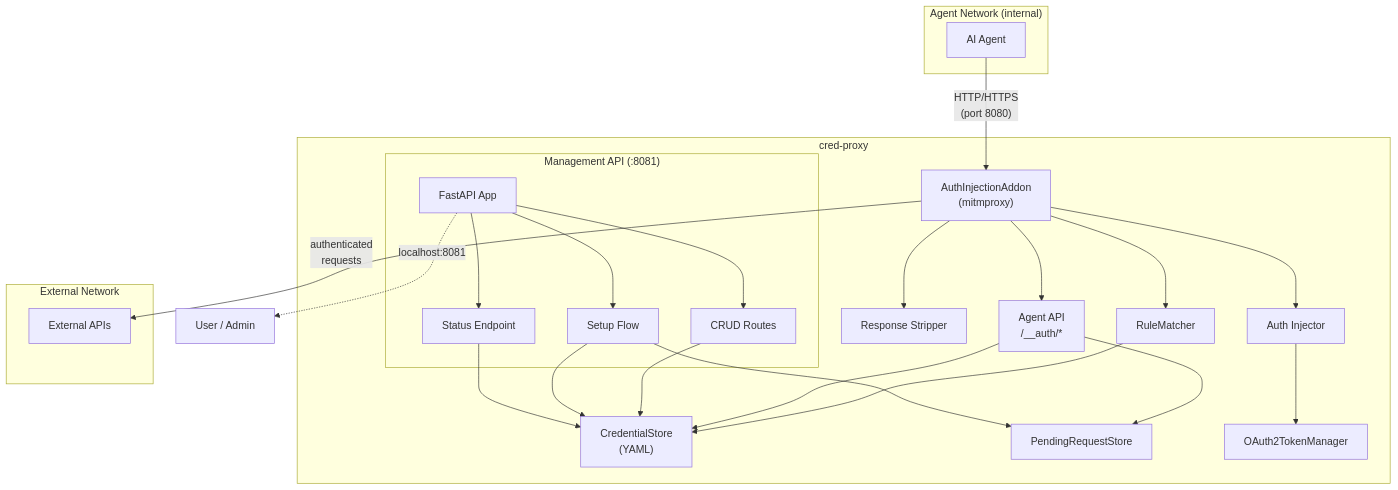
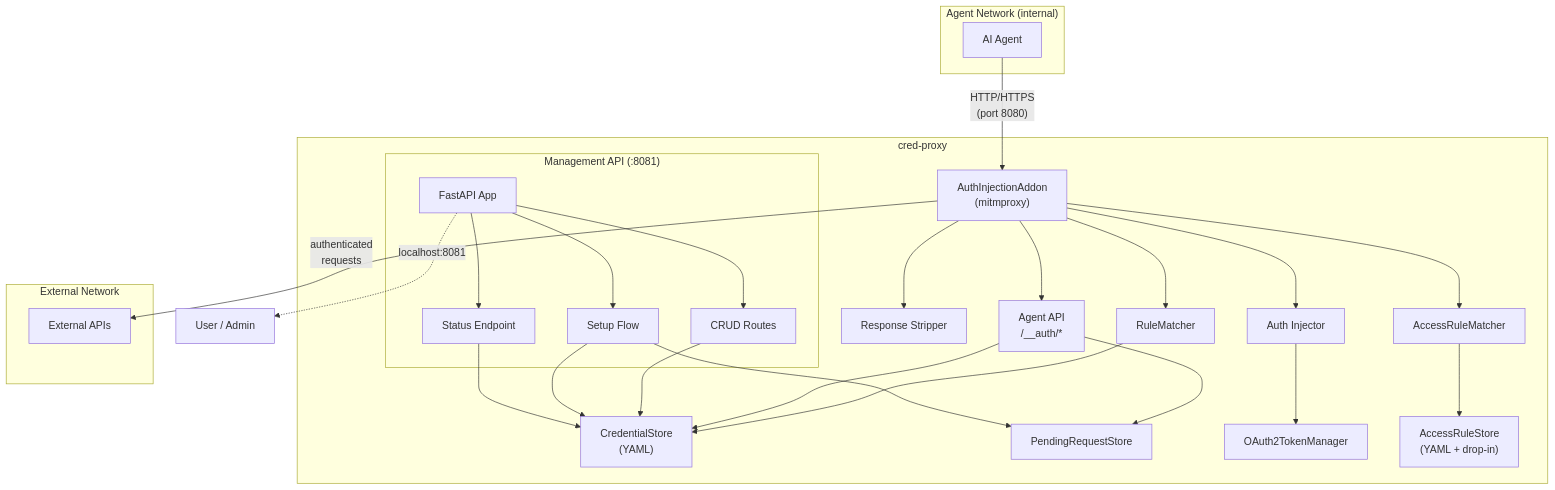
One commit to Zorro909/cred-proxy changed the first of 3 diagrams in docs/architecture.md. Above: the diagram before and after it, drawn with Mermaid. The commit also changed other lines of this file and 9 other files, not shown here.

````diff
--- a/docs/architecture.md
+++ b/docs/architecture.md
@@ -7,49 +7,54 @@
 ```mermaid
 graph TB
     subgraph "Agent Network (internal)"
         Agent["AI Agent"]
     end
 
     subgraph "cred-proxy"
         Addon["AuthInjectionAddon\n(mitmproxy)"]
         Matcher["RuleMatcher"]
         Injector["Auth Injector"]
         Stripper["Response Stripper"]
         AgentAPI["Agent API\n/__auth/*"]
         Store["CredentialStore\n(YAML)"]
         Pending["PendingRequestStore"]
         OAuth2["OAuth2TokenManager"]
 
+        AccessMatcher["AccessRuleMatcher"]
+        AccessStore["AccessRuleStore\n(YAML + drop-in)"]
+
+        Addon --> AccessMatcher
         Addon --> Matcher
         Addon --> Injector
         Addon --> Stripper
         Addon --> AgentAPI
         Injector --> OAuth2
+        AccessMatcher --> AccessStore
         Matcher --> Store
         AgentAPI --> Store
         AgentAPI --> Pending
 
         subgraph "Management API (:8081)"
             MgmtAPI["FastAPI App"]
             Routes["CRUD Routes"]
             Setup["Setup Flow"]
             Status["Status Endpoint"]
             MgmtAPI --> Routes
             MgmtAPI --> Setup
             MgmtAPI --> Status
         end
 
         Routes --> Store
         Setup --> Store
         Setup --> Pending
         Status --> Store
     end
 
     subgraph "External Network"
         ExtAPI["External APIs"]
     end
 
     Agent -- "HTTP/HTTPS\n(port 8080)" --> Addon
     Addon -- "authenticated\nrequests" --> ExtAPI
     MgmtAPI -. "localhost:8081" .-> User["User / Admin"]
 ```
````
